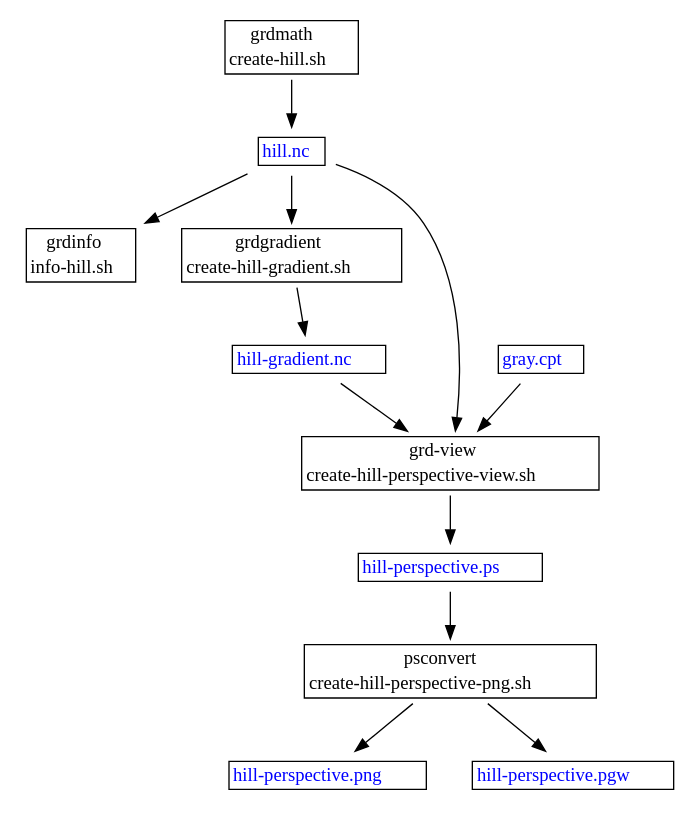
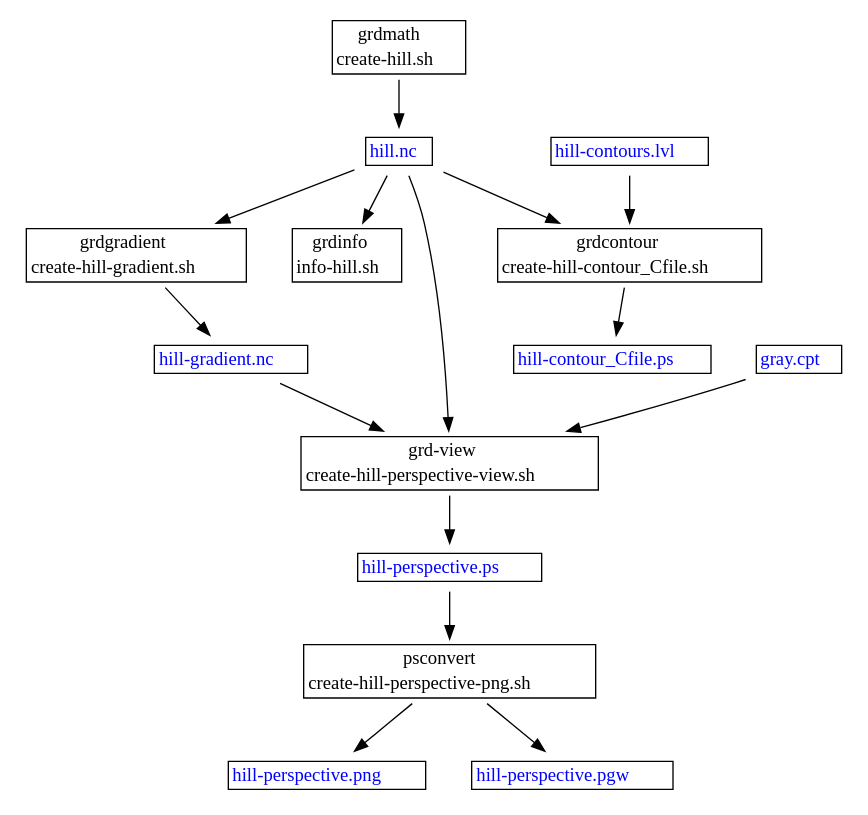
Before and after one commit to ReneNyffenegger/about-GMT: the diagram in programs/calling-sequence.dot, drawn with Graphviz. The commit also changed 4 other files, not shown here.

```diff
--- a/programs/calling-sequence.dot
+++ b/programs/calling-sequence.dot
@@ -1,106 +1,134 @@
 digraph R {
 
   node [shape=plaintext];
 
   grdmath_create_hill_sh [
     label=<
       <table border="1" cellborder="0" cellspacing="0">
            <tr><td>grdmath</td></tr>
            <tr><td>create-hill.sh</td></tr>
       </table>
     >];
 
   hill_nc [
     label=<
       <table border="1" cellborder="0" cellspacing="0">
            <tr><td><font color="#0000ff">hill.nc</font></td></tr>
       </table>
     >];
 
  grdinfo_info_hill [
  label=<
       <table border="1" cellborder="0" cellspacing="0">
            <tr><td>grdinfo</td></tr>
            <tr><td>info-hill.sh</td></tr>
       </table>
     >
   ];
 
   grdgradient_create_hill_gradient [
     label=<
       <table border="1" cellborder="0" cellspacing="0">
            <tr><td>grdgradient</td></tr>
            <tr><td>create-hill-gradient.sh</td></tr>
       </table>
     >];
 
+  gray_cpt [
+    label=<
+      <table border="1" cellborder="0" cellspacing="0">
+           <tr><td><font color="#0000ff">gray.cpt</font></td></tr>
+      </table>
+    >];
+
   hill_gradient_nc [
     label=<
       <table border="1" cellborder="0" cellspacing="0">
            <tr><td><font color="#0000ff">hill-gradient.nc</font></td></tr>
       </table>
     >];
 
-  gray_cpt [
+  hill_contours_lvl [
     label=<
       <table border="1" cellborder="0" cellspacing="0">
-           <tr><td><font color="#0000ff">gray.cpt</font></td></tr>
+           <tr><td><font color="#0000ff">hill-contours.lvl</font></td></tr>
       </table>
     >];
+
+  grdcontour_create_hill_contour_Cfile_sh [
+    label=<
+      <table border="1" cellborder="0" cellspacing="0">
+           <tr><td>grdcontour</td></tr>
+           <tr><td>create-hill-contour_Cfile.sh</td></tr>
+      </table>
+    >];
+
+  hill_contour_Cfile_ps [
+    label=<
+      <table border="1" cellborder="0" cellspacing="0">
+           <tr><td><font color="#0000ff">hill-contour_Cfile.ps</font></td></tr>
+      </table>
+    >];
+
 
   grdview_create_hill_perspective_view [
     label=<
       <table border="1" cellborder="0" cellspacing="0">
            <tr><td>grd-view</td></tr>
            <tr><td>create-hill-perspective-view.sh</td></tr>
       </table>
     >];
 
   hill_perspective_ps [
     label=<
       <table border="1" cellborder="0" cellspacing="0">
            <tr><td><font color="#0000ff">hill-perspective.ps</font></td></tr>
       </table>
     >];
 
   psconvert_create_hill_perspective_png [
     label=<
       <table border="1" cellborder="0" cellspacing="0">
            <tr><td>psconvert</td></tr>
            <tr><td>create-hill-perspective-png.sh</td></tr>
       </table>
     >];
 
   hill_perspective_png [
     label=<
       <table border="1" cellborder="0" cellspacing="0">
            <tr><td><font color="#0000ff">hill-perspective.png</font></td></tr>
       </table>
     >];
 
   hill_perspective_pgw [
     label=<
       <table border="1" cellborder="0" cellspacing="0">
            <tr><td><font color="#0000ff">hill-perspective.pgw</font></td></tr>
       </table>
     >];
 
+
   grdmath_create_hill_sh -> hill_nc;
 
   hill_nc -> grdinfo_info_hill;
 
   hill_nc -> grdgradient_create_hill_gradient;
 
   grdgradient_create_hill_gradient -> hill_gradient_nc;
+
+  hill_nc           -> grdcontour_create_hill_contour_Cfile_sh;
+  hill_contours_lvl -> grdcontour_create_hill_contour_Cfile_sh;
+  grdcontour_create_hill_contour_Cfile_sh -> hill_contour_Cfile_ps;
 
   hill_nc          -> grdview_create_hill_perspective_view;
   hill_gradient_nc -> grdview_create_hill_perspective_view;
   gray_cpt         -> grdview_create_hill_perspective_view;
   grdview_create_hill_perspective_view -> hill_perspective_ps;
 
   hill_perspective_ps -> psconvert_create_hill_perspective_png
   psconvert_create_hill_perspective_png -> hill_perspective_png;
   psconvert_create_hill_perspective_png -> hill_perspective_pgw;
 
 
 }
```
